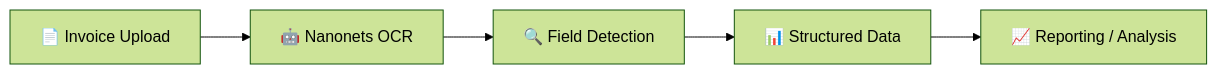
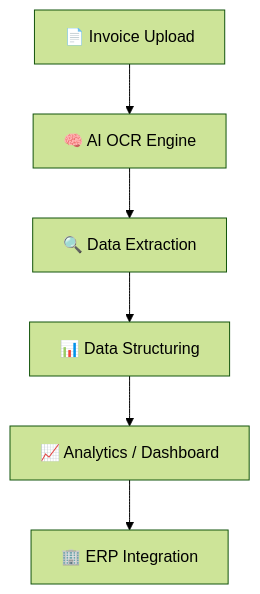
Before and after one commit to deeksha29-bawa/nanonets-invoice-automation: the diagram in README.md, drawn with Mermaid (forest theme). The commit also changed other lines of this file, not shown here.

````diff
--- a/README.md
+++ b/README.md
@@ -49,7 +64,8 @@
 ```mermaid
-flowchart LR
-A[📄 Invoice Upload] --> B[🤖 Nanonets OCR]
-B --> C[🔍 Field Detection]
-C --> D[📊 Structured Data]
-D --> E[📈 Reporting / Analysis]
+flowchart TD
+A[📄 Invoice Upload] --> B[🧠 AI OCR Engine]
+B --> C[🔍 Data Extraction]
+C --> D[📊 Data Structuring]
+D --> E[📈 Analytics / Dashboard]
+E --> F[🏢 ERP Integration]
 ```
````
